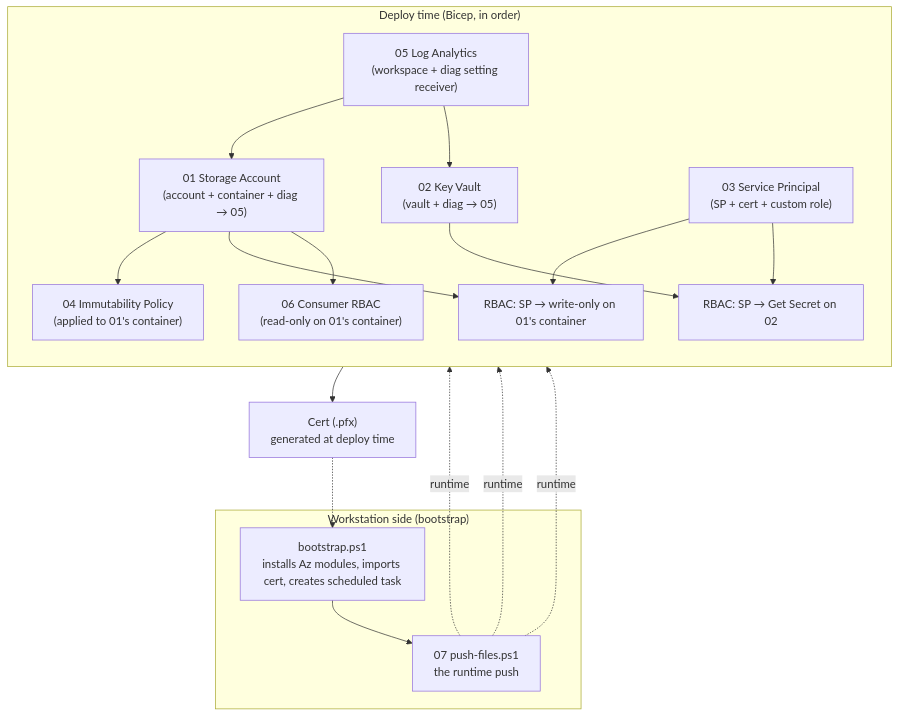
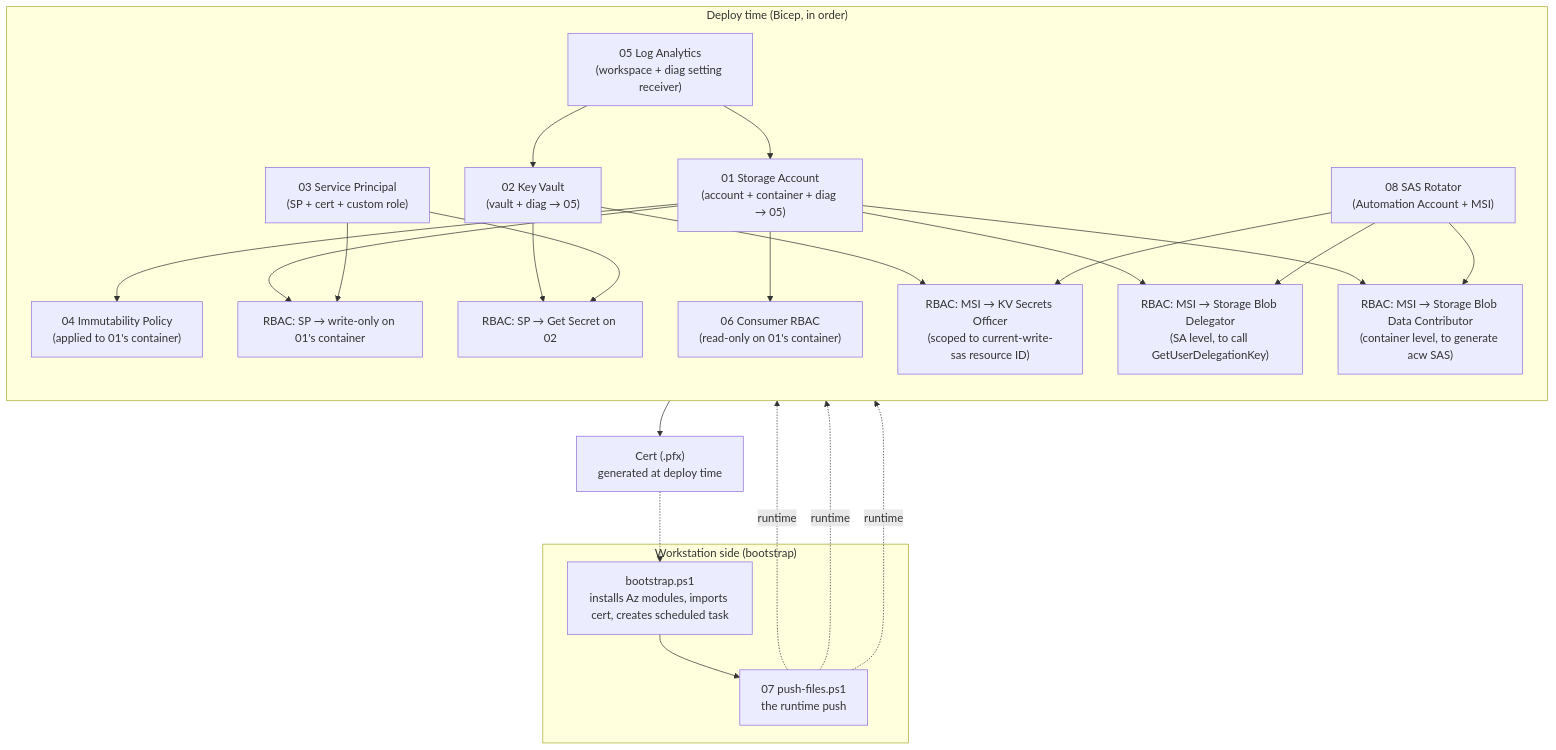
Before and after one commit to Dwink213/awacs-secure-data-consolidation-lab-workstations: the diagram in architecture/component-map.md, drawn with Mermaid. The commit also changed other lines of this file and 10 other files, not shown here.

````diff
--- a/architecture/component-map.md
+++ b/architecture/component-map.md
@@ -5,37 +5,47 @@
 ```mermaid
 flowchart TB
   subgraph DEPLOY["Deploy time (Bicep, in order)"]
     direction TB
     LA["05 Log Analytics\n(workspace + diag setting receiver)"]
     SA["01 Storage Account\n(account + container + diag → 05)"]
     IMM["04 Immutability Policy\n(applied to 01's container)"]
     KV["02 Key Vault\n(vault + diag → 05)"]
     SP["03 Service Principal\n(SP + cert + custom role)"]
     RBAC_W["RBAC: SP → write-only on 01's container"]
     RBAC_KV["RBAC: SP → Get Secret on 02"]
     RBAC_R["06 Consumer RBAC\n(read-only on 01's container)"]
+    ROT["08 SAS Rotator\n(Automation Account + MSI)"]
+    RBAC_ROT_KV["RBAC: MSI → KV Secrets Officer\n(scoped to current-write-sas resource ID)"]
+    RBAC_ROT_SBD["RBAC: MSI → Storage Blob Delegator\n(SA level, to call GetUserDelegationKey)"]
+    RBAC_ROT_W["RBAC: MSI → Storage Blob Data Contributor\n(container level, to generate acw SAS)"]
 
     LA --> SA
     LA --> KV
     SA --> IMM
     SP --> RBAC_W
     SA --> RBAC_W
     SP --> RBAC_KV
     KV --> RBAC_KV
     SA --> RBAC_R
+    ROT --> RBAC_ROT_KV
+    KV --> RBAC_ROT_KV
+    ROT --> RBAC_ROT_SBD
+    SA --> RBAC_ROT_SBD
+    ROT --> RBAC_ROT_W
+    SA --> RBAC_ROT_W
   end
 
   subgraph WORKSTATION["Workstation side (bootstrap)"]
     BOOT["bootstrap.ps1\ninstalls Az modules, imports cert, creates scheduled task"]
     PUSH["07 push-files.ps1\nthe runtime push"]
     BOOT --> PUSH
   end
 
   CERT["Cert (.pfx)\ngenerated at deploy time"]
   SP --> CERT
   CERT -.-> BOOT
 
   PUSH -. runtime .-> SP
   PUSH -. runtime .-> KV
   PUSH -. runtime .-> SA
 ```
````
